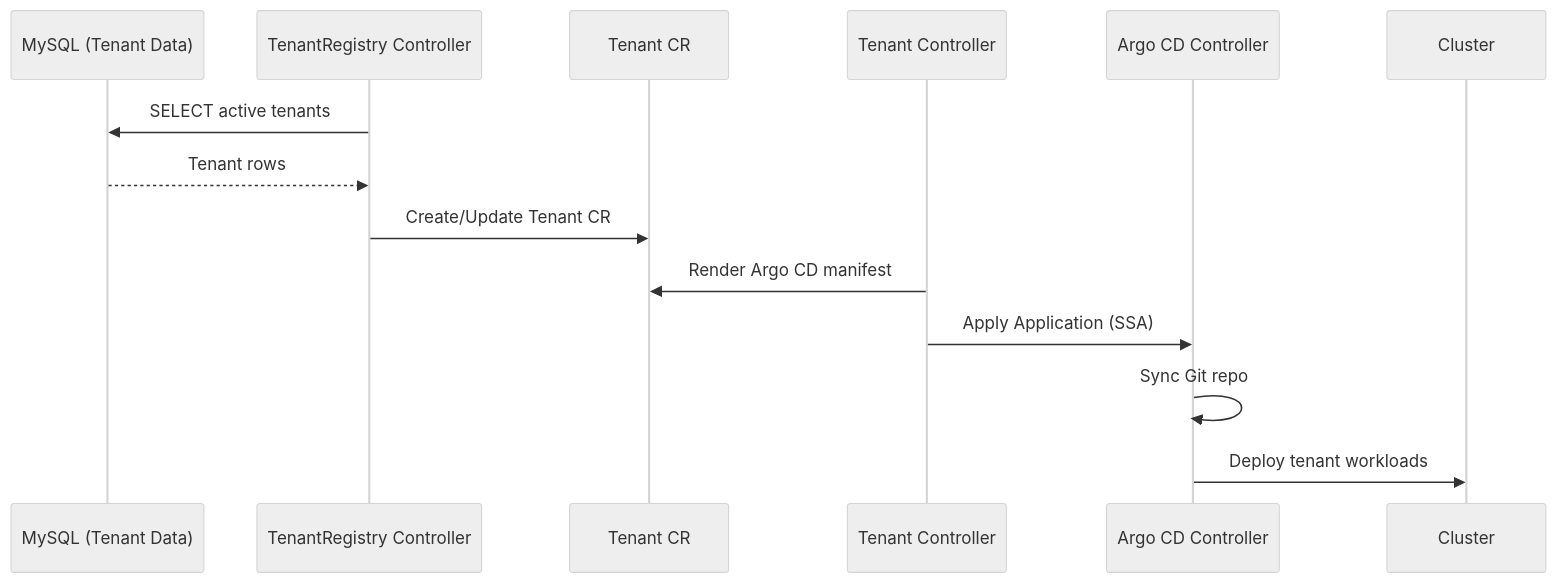
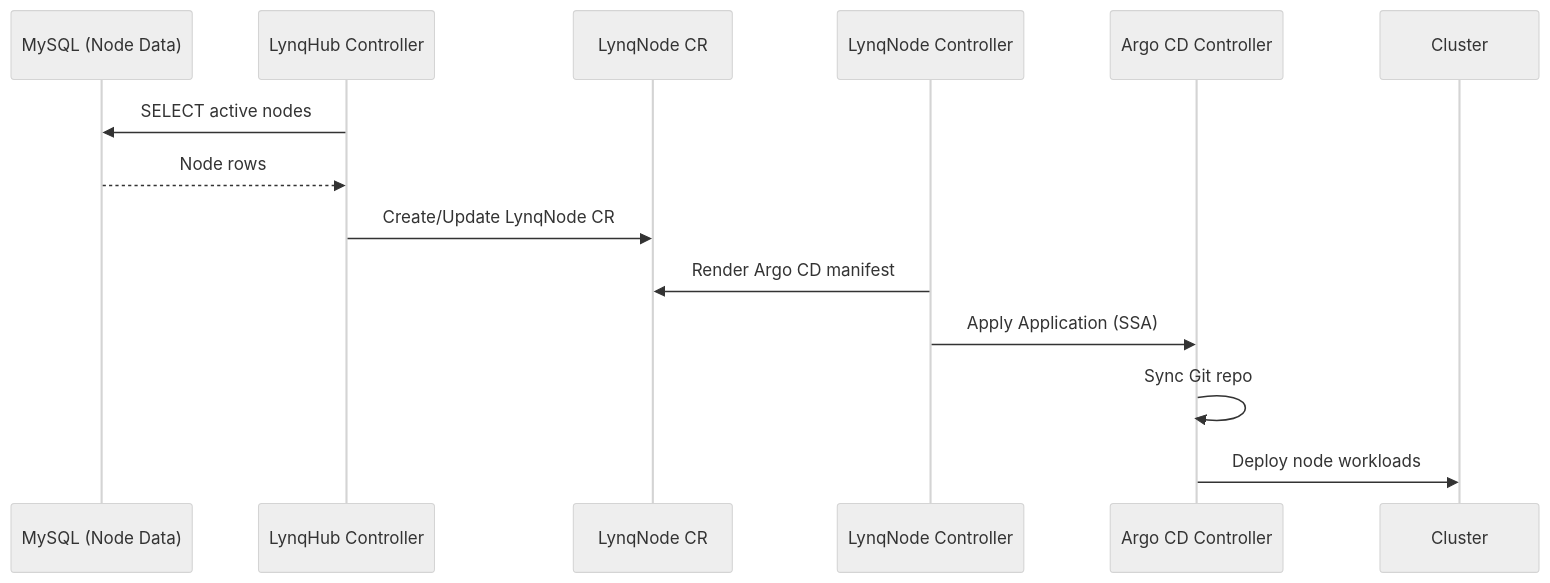
The second of 3 diagrams in docs/integration-argocd.md (kubernetes-tenants/tenant-operator), drawn with Mermaid (neutral theme) before and after one commit. The commit also changed other lines of this file and 203 other files, not shown here.

First line of the commit message:
refactor: Complete rename from tenant-operator to lynq

````diff
--- a/docs/integration-argocd.md
+++ b/docs/integration-argocd.md
@@ -87,16 +87,16 @@
 ```mermaid
 sequenceDiagram
-    participant DB as MySQL (Tenant Data)
-    participant Registry as TenantRegistry Controller
-    participant Tenant as Tenant CR
-    participant Operator as Tenant Controller
+    participant DB as MySQL (Node Data)
+    participant Registry as LynqHub Controller
+    participant Tenant as LynqNode CR
+    participant Operator as LynqNode Controller
     participant Argo as Argo CD Controller
 
-    Registry->>DB: SELECT active tenants
-    DB-->>Registry: Tenant rows
-    Registry->>Tenant: Create/Update Tenant CR
+    Registry->>DB: SELECT active nodes
+    DB-->>Registry: Node rows
+    Registry->>Tenant: Create/Update LynqNode CR
     Operator->>Tenant: Render Argo CD manifest
     Operator->>Argo: Apply Application (SSA)
     Argo->>Argo: Sync Git repo
-    Argo->>Cluster: Deploy tenant workloads
+    Argo->>Cluster: Deploy node workloads
 ```
````
